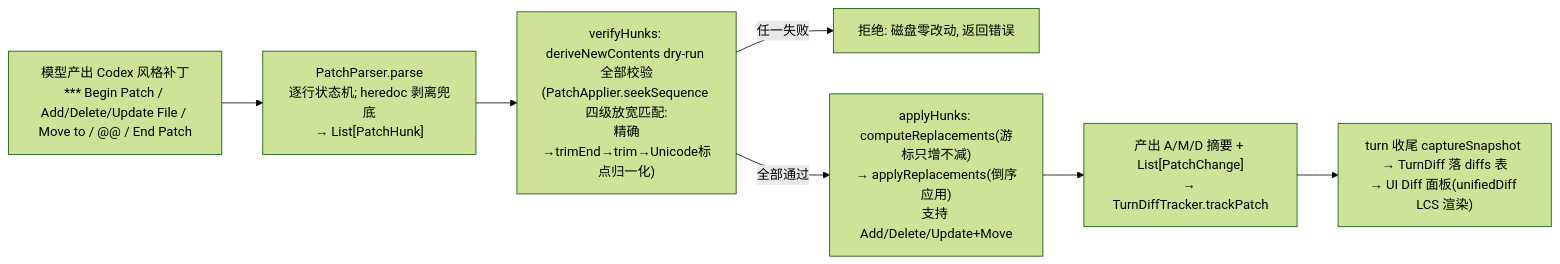
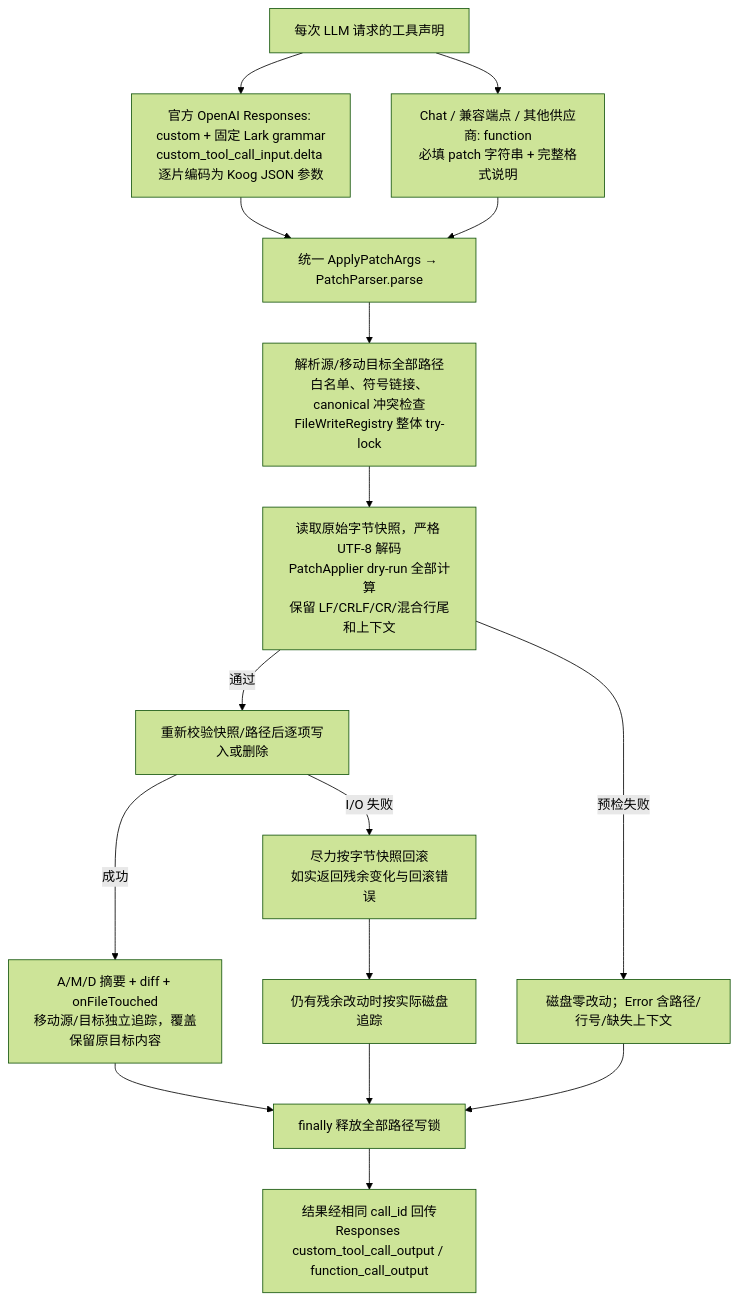
Diagram 18 of 33 in docs/architecture/04-flows.md (lzdev42/mederi), drawn with Mermaid (forest theme) before and after one commit. The commit also changed other lines of this file and 318 other files, not shown here.

````diff
--- a/docs/architecture/04-flows.md
+++ b/docs/architecture/04-flows.md
@@ -737,9 +742,18 @@
 ```mermaid
-flowchart LR
-    A["模型产出 Codex 风格补丁<br/>*** Begin Patch / Add/Delete/Update File / Move to / @@ / End Patch"] --> P["PatchParser.parse<br/>逐行状态机; heredoc 剥离兜底<br/>→ List[PatchHunk]"]
-    P --> V["verifyHunks: deriveNewContents dry-run 全部校验<br/>(PatchApplier.seekSequence 四级放宽匹配:<br/>精确→trimEnd→trim→Unicode标点归一化)"]
-    V -- "任一失败" --> F["拒绝: 磁盘零改动, 返回错误"]
-    V -- "全部通过" --> AP["applyHunks: computeReplacements(游标只增不减)<br/>→ applyReplacements(倒序应用)<br/>支持 Add/Delete/Update+Move"]
-    AP --> T["产出 A/M/D 摘要 + List[PatchChange]<br/>→ TurnDiffTracker.trackPatch"]
-    T --> D["turn 收尾 captureSnapshot → TurnDiff 落 diffs 表<br/>→ UI Diff 面板(unifiedDiff LCS 渲染)"]
+flowchart TD
+    W["每次 LLM 请求的工具声明"] --> O["官方 OpenAI Responses: custom + 固定 Lark grammar<br/>custom_tool_call_input.delta 逐片编码为 Koog JSON 参数"]
+    W --> G["Chat / 兼容端点 / 其他供应商: function<br/>必填 patch 字符串 + 完整格式说明"]
+    O --> P["统一 ApplyPatchArgs → PatchParser.parse"]
+    G --> P
+    P --> L["解析源/移动目标全部路径<br/>白名单、符号链接、canonical 冲突检查<br/>FileWriteRegistry 整体 try-lock"]
+    L --> V["读取原始字节快照，严格 UTF-8 解码<br/>PatchApplier dry-run 全部计算<br/>保留 LF/CRLF/CR/混合行尾和上下文"]
+    V -- "预检失败" --> F["磁盘零改动；Error 含路径/行号/缺失上下文"]
+    V -- "通过" --> A["重新校验快照/路径后逐项写入或删除"]
+    A -- "I/O 失败" --> R["尽力按字节快照回滚<br/>如实返回残余变化与回滚错误"]
+    A -- "成功" --> D["A/M/D 摘要 + diff + onFileTouched<br/>移动源/目标独立追踪，覆盖保留原目标内容"]
+    R --> T["仍有残余改动时按实际磁盘追踪"]
+    D --> U["finally 释放全部路径写锁"]
+    T --> U
+    F --> U
+    U --> H["结果经相同 call_id 回传<br/>Responses custom_tool_call_output / function_call_output"]
 ```
````
